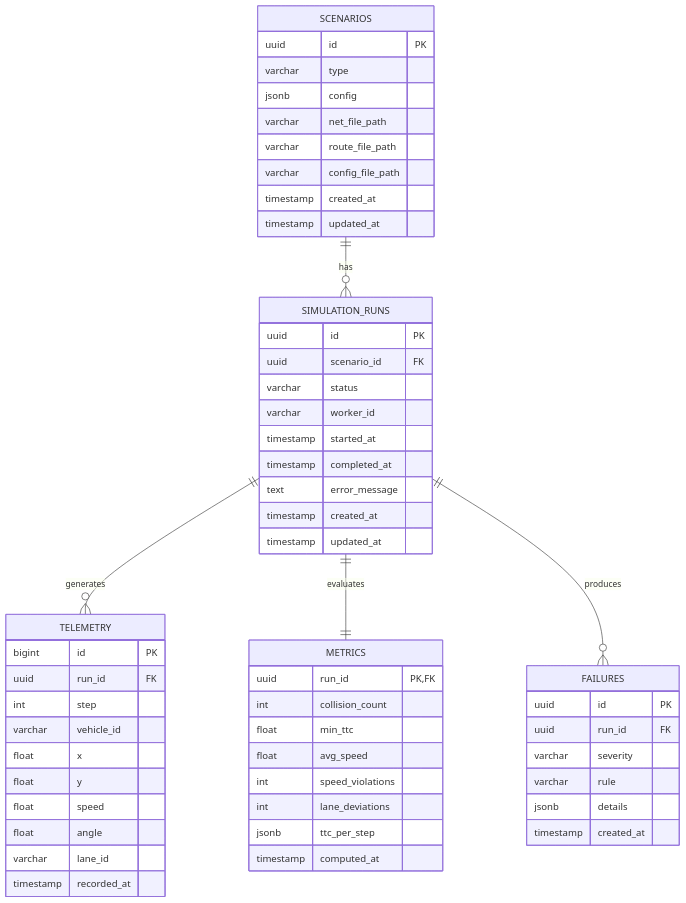
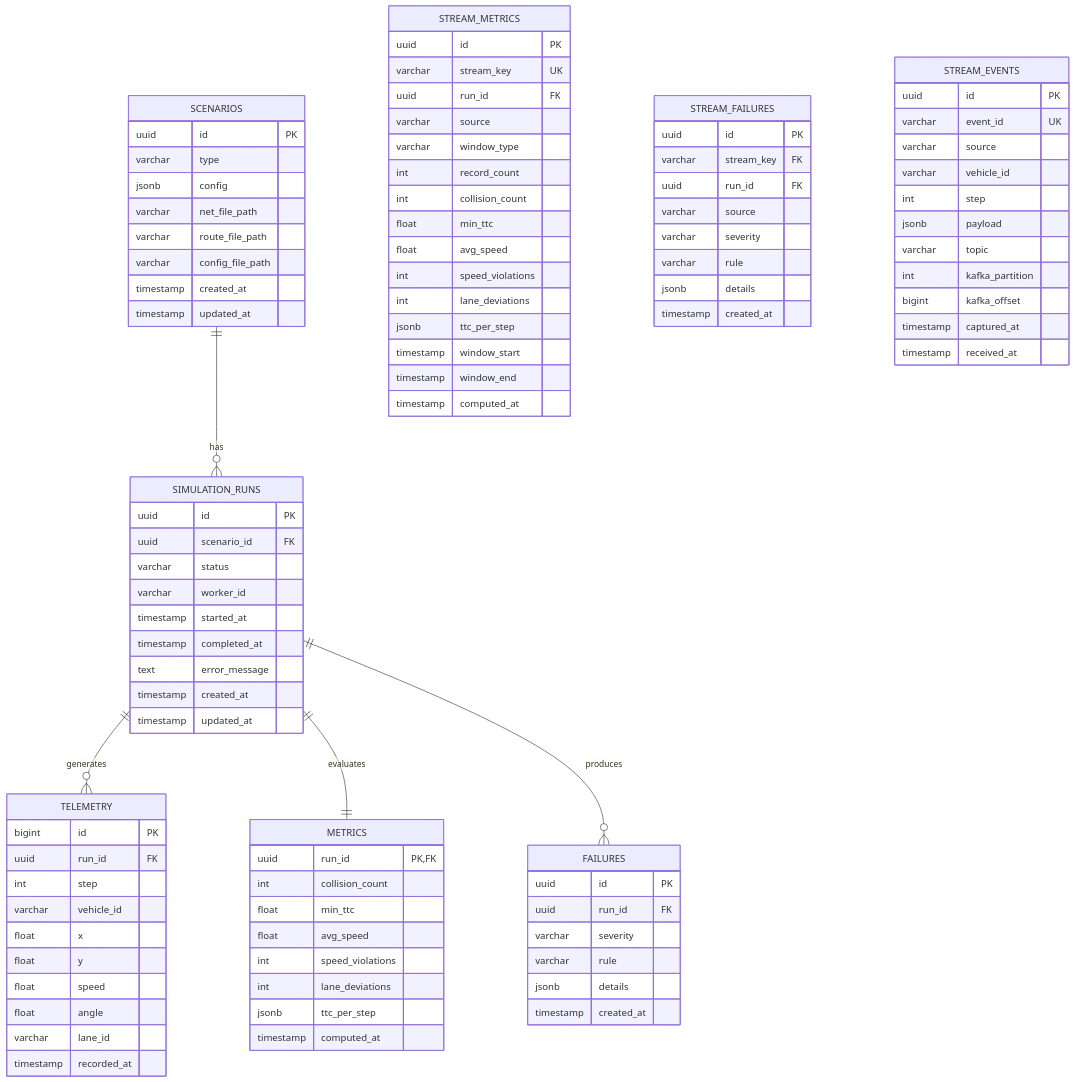
Before and after one commit to FajarLaksono/sopir: the fourth of 4 diagrams in docs/architecture.md, drawn with Mermaid. The commit also changed other lines of this file and 74 other files, not shown here.

````diff
--- a/docs/architecture.md
+++ b/docs/architecture.md
@@ -161,4 +552,47 @@
         jsonb details
         timestamp created_at
     }
+
+    STREAM_METRICS {
+        uuid id PK
+        varchar stream_key UK
+        uuid run_id FK
+        varchar source
+        varchar window_type
+        int record_count
+        int collision_count
+        float min_ttc
+        float avg_speed
+        int speed_violations
+        int lane_deviations
+        jsonb ttc_per_step
+        timestamp window_start
+        timestamp window_end
+        timestamp computed_at
+    }
+
+    STREAM_FAILURES {
+        uuid id PK
+        varchar stream_key FK
+        uuid run_id FK
+        varchar source
+        varchar severity
+        varchar rule
+        jsonb details
+        timestamp created_at
+    }
+
+    STREAM_EVENTS {
+        uuid id PK
+        varchar event_id UK
+        varchar source
+        varchar vehicle_id
+        int step
+        jsonb payload
+        varchar topic
+        int kafka_partition
+        bigint kafka_offset
+        timestamp captured_at
+        timestamp received_at
+    }
 ```
````
